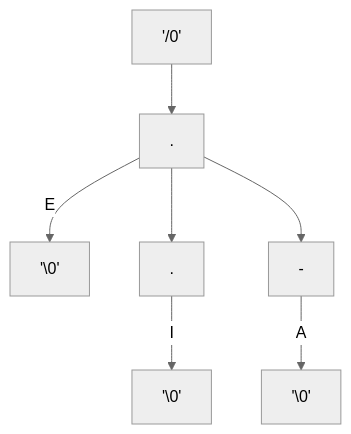
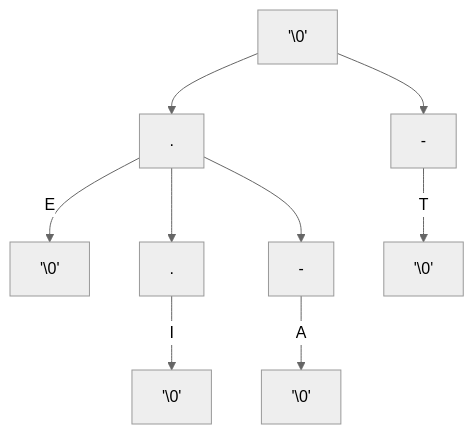
The second of 2 diagrams in morse-code/README.md (mmcnally1/arduino-projects), drawn with Mermaid (neutral theme) before and after one commit.

````diff
--- a/morse-code/README.md
+++ b/morse-code/README.md
@@ -27,10 +27,12 @@
 ```mermaid
 graph TD;
-A['/0'] --> B[.]
+A['\0'] --> B[.]
+A['\0'] --> H[-]
 B[.] -- E --> C['\0']
 B[.] --> D[.]
 D[.] -- I --> E['\0']
 B[.] --> F[-]
 F[-] -- A --> G['\0']
+H[-] -- T --> I['\0']
 
 ```
````
